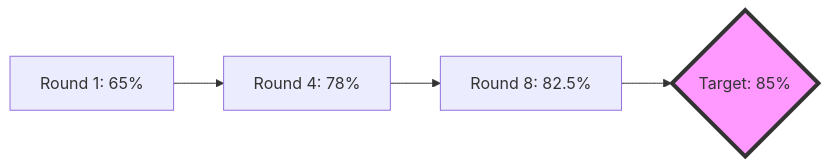
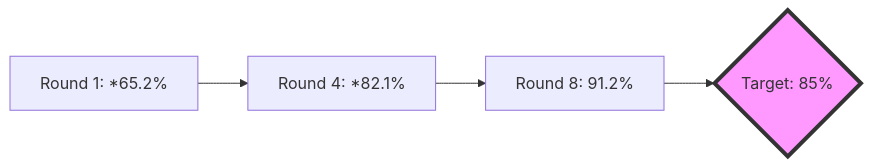
The first of 2 diagrams in README.md (rwilliamspbg-ops/Sovereign_Map_Federated_Learning), drawn with Mermaid before and after one commit. The commit also changed other lines of this file, not shown here.

````diff
--- a/README.md
+++ b/README.md
@@ -34,7 +38,7 @@
 ```mermaid
 graph LR
-    A[Round 1: 65%] --> B[Round 4: 78%]
-    B --> C[Round 8: 82.5%]
+    A[Round 1: *65.2%] --> B[Round 4: *82.1%]
+    B --> C[Round 8: 91.2%]
     C --> D{Target: 85%}
     style D fill:#f9f,stroke:#333,stroke-width:4px
 ```
````
